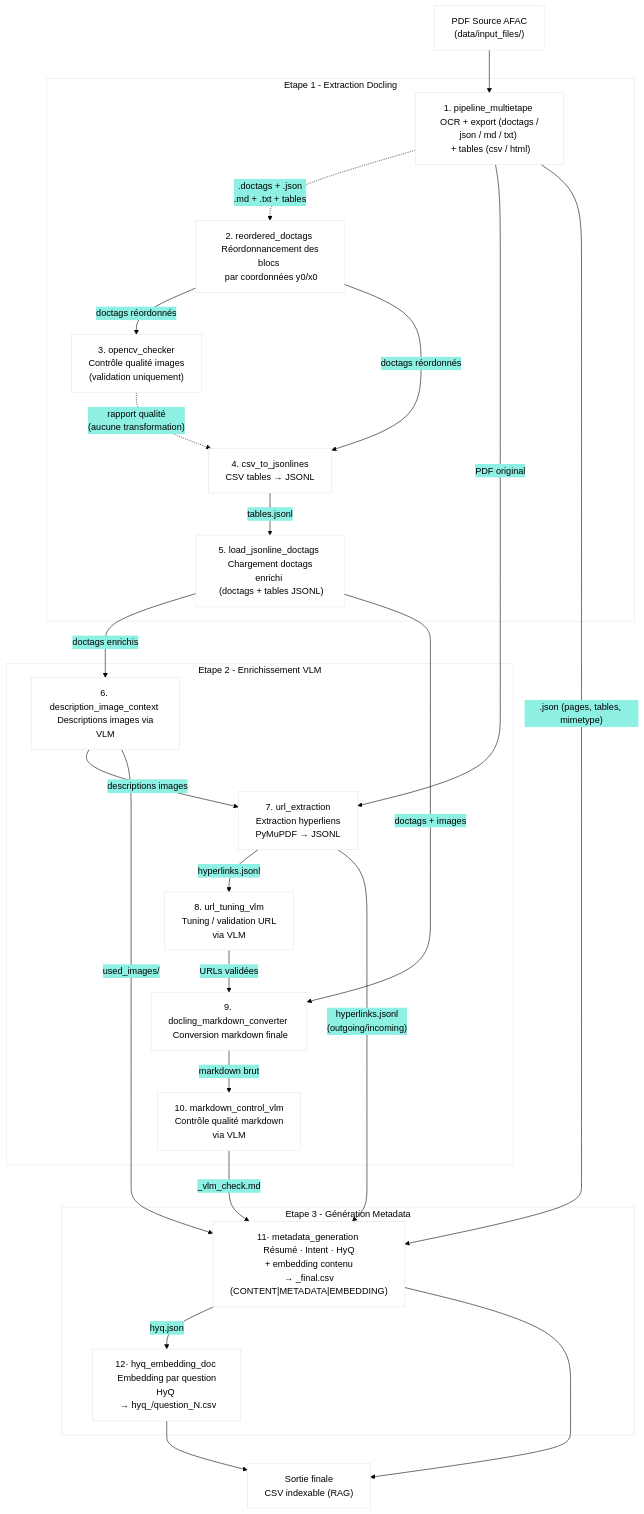
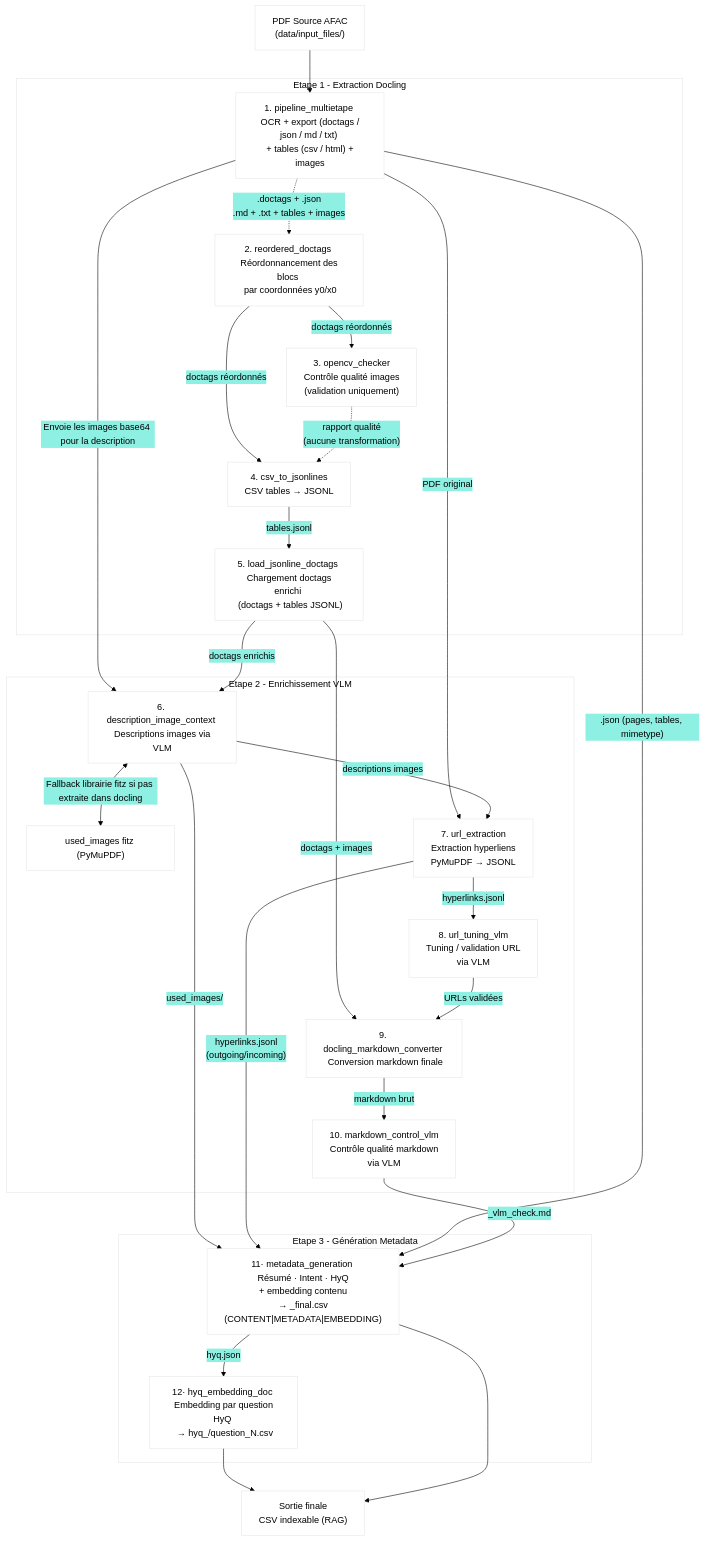
The diagram in src/afac-preprocessing/docs/mermaid.md (CdC-SI/preprocessing), drawn with Mermaid before and after one commit. The commit also changed 7 other files, not shown here.

````diff
--- a/src/afac-preprocessing/docs/mermaid.md
+++ b/src/afac-preprocessing/docs/mermaid.md
@@ -4,57 +4,60 @@
 ```mermaid
 ---
 config:
   theme: 'base'
   themeVariables:
     primaryColor: '#FFF'
     primaryTextColor: '#000'
     lineColor: '#000'
     secondaryColor: '#8ef0e3ff'
 ---
 flowchart TD
     PDF["PDF Source AFAC \n (data/input_files/)"]
 
     subgraph BASE["Etape 1 - Extraction Docling"]
-        S01["1. pipeline_multietape \n OCR + export (doctags / json / md / txt) \n + tables (csv / html)"]
+        S01["1. pipeline_multietape \n OCR + export (doctags / json / md / txt) \n + tables (csv / html) + images"]
         S02["2. reordered_doctags \n Réordonnancement des blocs \n par coordonnées y0/x0"]
         S03["3. opencv_checker \n Contrôle qualité images \n (validation uniquement)"]
         S04["4. csv_to_jsonlines \n CSV tables → JSONL"]
         S05["5. load_jsonline_doctags \n Chargement doctags enrichi \n (doctags + tables JSONL)"]
     end
 
     subgraph VLM_TUNING["Etape 2 - Enrichissement VLM"]
         S06["6. description_image_context \n Descriptions images via VLM"]
+        S06bis["used_images fitz (PyMuPDF)"]
         S07["7. url_extraction \n Extraction hyperliens \n PyMuPDF → JSONL"]
         S08["8. url_tuning_vlm \n Tuning / validation URL \n via VLM"]
         S09["9. docling_markdown_converter \n Conversion markdown finale"]
         S10["10. markdown_control_vlm \n Contrôle qualité markdown \n via VLM"]
     end
 
     subgraph METADATA["Etape 3 - Génération Metadata"]
         S11["11· metadata_generation \n Résumé · Intent · HyQ \n + embedding contenu \n → _final.csv (CONTENT|METADATA|EMBEDDING)"]
         S12["12· hyq_embedding_doc \n Embedding par question HyQ \n → hyq_<doc>/question_N.csv"]
     end
 
     OUT["Sortie finale \n CSV indexable (RAG)"]
 
     PDF --> S01
-    S01 -.->|".doctags + .json \n .md + .txt + tables"| S02
+    S01 -.->|".doctags + .json \n .md + .txt + tables + images"| S02
     S02 -->|"doctags réordonnés"| S03
     S03 -.->|"rapport qualité \n (aucune transformation)"| S04
     S02 -->|"doctags réordonnés"| S04
     S04 -->|"tables.jsonl"| S05
     S05 -->|"doctags enrichis"| S06
     S06 -->|"descriptions images"| S07
+    S06 <-->|"Fallback librairie fitz si pas extraite dans docling"|S06bis
+    S01 -->|"Envoie les images base64 pour la description"| S06
     S01 -->|"PDF original"| S07
     S07 -->|"hyperlinks.jsonl"| S08
     S08 -->|"URLs validées"| S09
     S05 -->|"doctags + images"| S09
     S09 -->|"markdown brut"| S10
     S10 -->|"_vlm_check.md"| S11
     S01 -->|".json (pages, tables, mimetype)"| S11
     S07 -->|"hyperlinks.jsonl \n (outgoing/incoming)"| S11
     S06 -->|"used_images/"| S11
     S11 -->|"hyq.json"| S12
     S11 --> OUT
     S12 --> OUT
 ```
````
